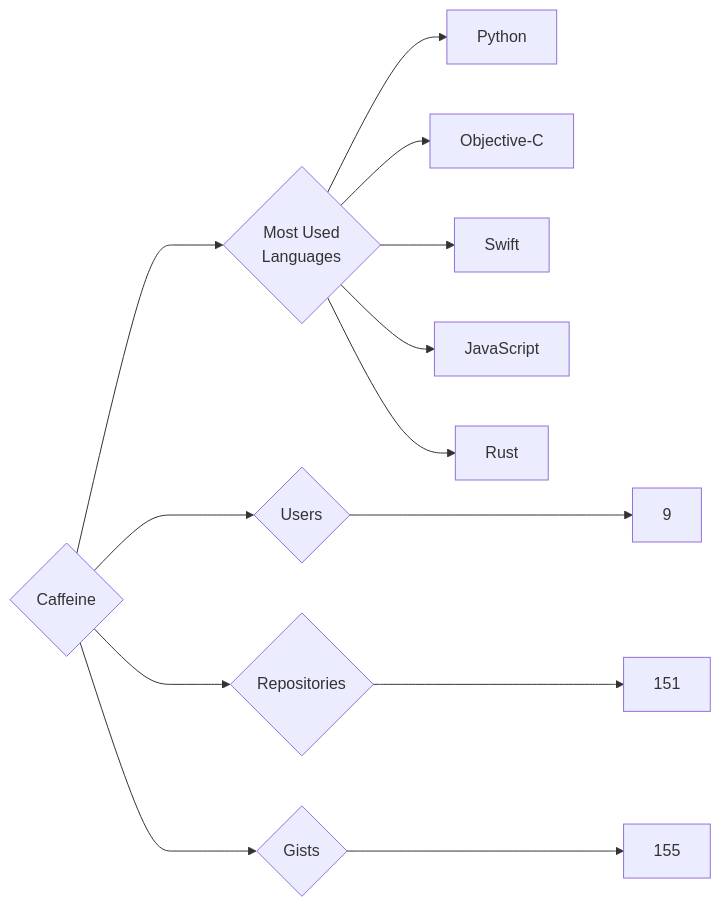
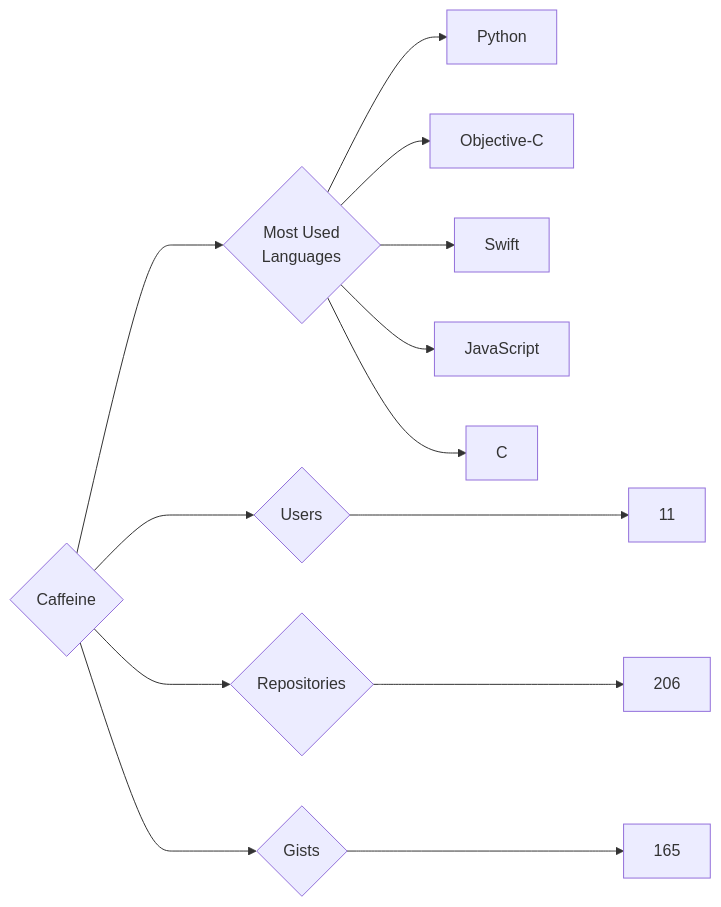
The diagram in targets/Caffeine/README.md (trickest/insiders), drawn with Mermaid before and after one commit. The commit also changed 838 other files, not shown here.

````diff
--- a/targets/Caffeine/README.md
+++ b/targets/Caffeine/README.md
@@ -3,13 +3,13 @@
 ```mermaid
 graph LR
 COMPANY_NAME{Caffeine}
-COMPANY_NAME ---> U{Users} ---> UN[9]
-COMPANY_NAME ---> R{Repositories} ---> RN[151]
-COMPANY_NAME ---> G{Gists} ---> GN[155]
+COMPANY_NAME ---> U{Users} ---> UN[11]
+COMPANY_NAME ---> R{Repositories} ---> RN[206]
+COMPANY_NAME ---> G{Gists} ---> GN[165]
 COMPANY_NAME ---> ML{Most Used<br>Languages}
 ML --> Python[Python]
 ML --> Objective-C[Objective-C]
 ML --> Swift[Swift]
 ML --> JavaScript[JavaScript]
-ML --> Rust[Rust]
+ML --> C[C]
 ```
````
